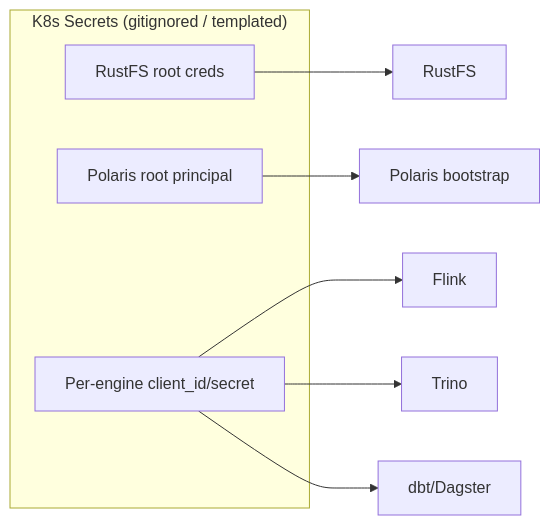
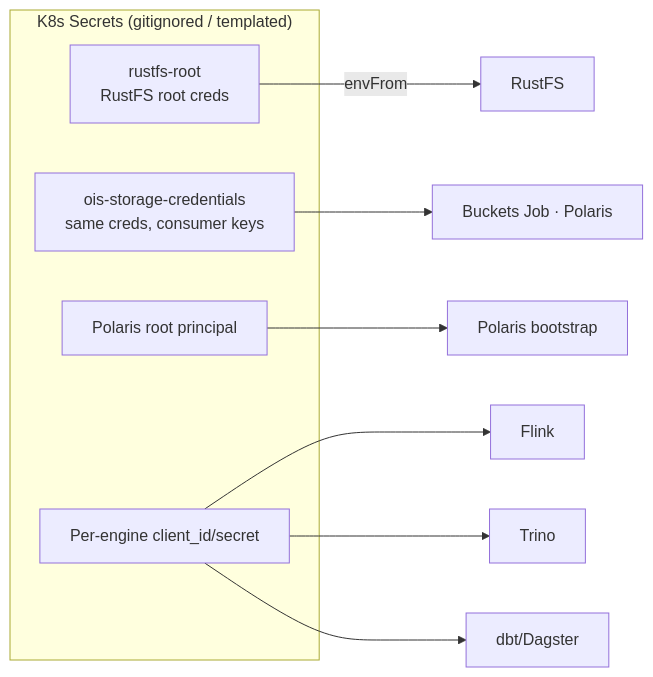
The third of 3 diagrams in docs/tech/architecture/04-governance-and-security.md (christiannarbon/ois), drawn with Mermaid before and after one commit. The commit also changed other lines of this file, not shown here.

Commit message:
Name the two storage secrets in the governance doc

````diff
--- a/docs/tech/architecture/04-governance-and-security.md
+++ b/docs/tech/architecture/04-governance-and-security.md
@@ -87,13 +87,15 @@
 ```mermaid
 flowchart LR
     subgraph secrets["K8s Secrets (gitignored / templated)"]
-        rustfsRoot[RustFS root creds]
+        rustfsRoot[rustfs-root<br/>RustFS root creds]
+        storeCreds[ois-storage-credentials<br/>same creds, consumer keys]
         polRoot[Polaris root principal]
         engCreds[Per-engine client_id/secret]
     end
-    rustfsRoot --> rustfsPod[RustFS]
+    rustfsRoot -->|envFrom| rustfsPod[RustFS]
+    storeCreds --> s3Clients[Buckets Job · Polaris]
     polRoot --> polPod[Polaris bootstrap]
     engCreds --> flinkPod[Flink]
     engCreds --> trinoPod[Trino]
     engCreds --> dbtPod[dbt/Dagster]
 ```
````
